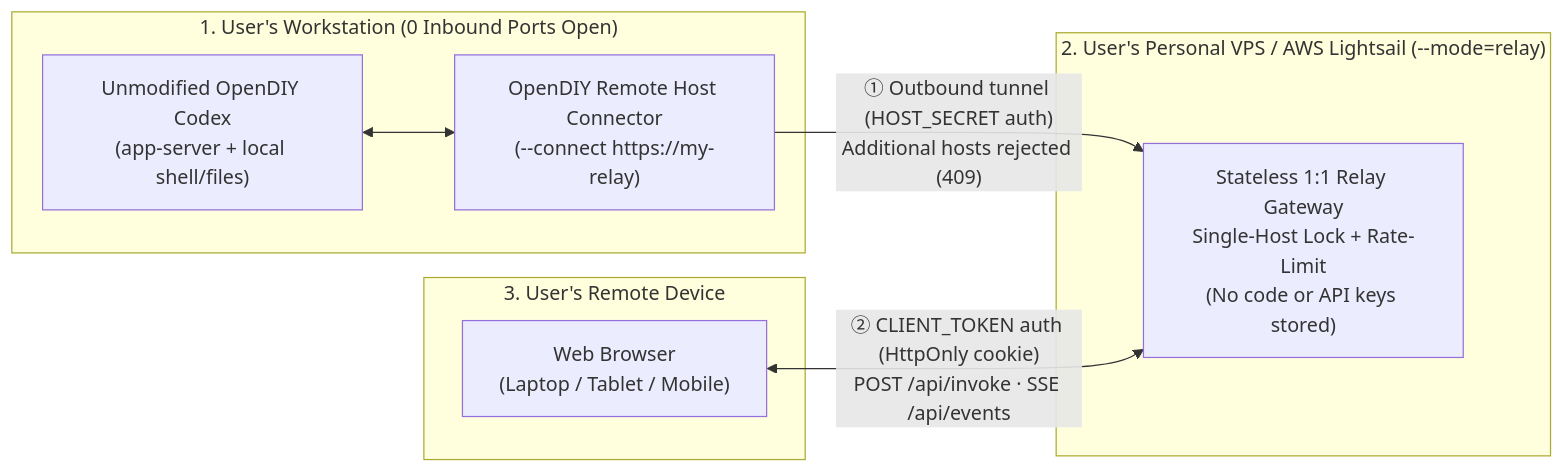
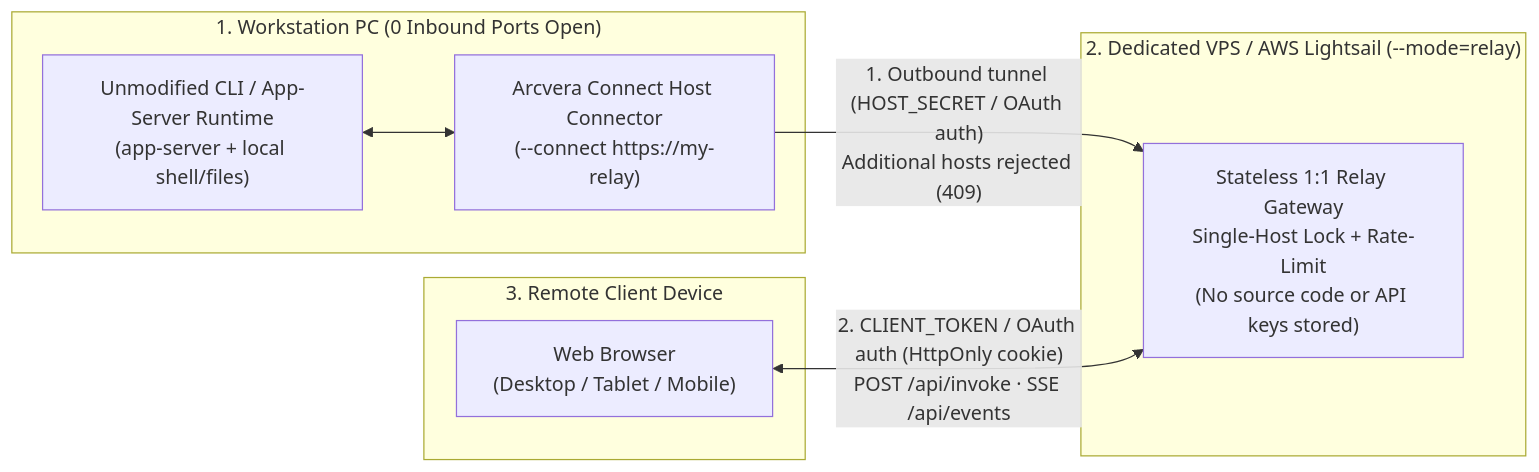
The diagram in README.md (jaeseongs95/Arcvera-Connect), drawn with Mermaid before and after one commit. The commit also changed other lines of this file and 8 other files, not shown here.

````diff
--- a/README.md
+++ b/README.md
@@ -17,19 +35,19 @@
 ```mermaid
 flowchart LR
-  subgraph LocalPC["1. User's Workstation (0 Inbound Ports Open)"]
-    Codex["Unmodified OpenDIY Codex<br/>(app-server + local shell/files)"]
-    Connector["OpenDIY Remote Host Connector<br/>(--connect https://my-relay)"]
+  subgraph LocalPC["1. Workstation PC (0 Inbound Ports Open)"]
+    Codex["Unmodified CLI / App-Server Runtime<br/>(app-server + local shell/files)"]
+    Connector["Arcvera Connect Host Connector<br/>(--connect https://my-relay)"]
     Codex <--> Connector
   end
 
-  subgraph VPS["2. User's Personal VPS / AWS Lightsail (--mode=relay)"]
-    Relay["Stateless 1:1 Relay Gateway<br/>Single-Host Lock + Rate-Limit<br/>(No code or API keys stored)"]
+  subgraph VPS["2. Dedicated VPS / AWS Lightsail (--mode=relay)"]
+    Relay["Stateless 1:1 Relay Gateway<br/>Single-Host Lock + Rate-Limit<br/>(No source code or API keys stored)"]
   end
 
-  subgraph Client["3. User's Remote Device"]
-    Browser["Web Browser<br/>(Laptop / Tablet / Mobile)"]
+  subgraph Client["3. Remote Client Device"]
+    Browser["Web Browser<br/>(Desktop / Tablet / Mobile)"]
   end
 
-  Connector -- "① Outbound tunnel (HOST_SECRET auth)<br/>Additional hosts rejected (409)" --> Relay
-  Browser <-->|"② CLIENT_TOKEN auth (HttpOnly cookie)<br/>POST /api/invoke · SSE /api/events"| Relay
+  Connector -- "1. Outbound tunnel (HOST_SECRET / OAuth auth)<br/>Additional hosts rejected (409)" --> Relay
+  Browser <-->|"2. CLIENT_TOKEN / OAuth auth (HttpOnly cookie)<br/>POST /api/invoke · SSE /api/events"| Relay
 ```
````
